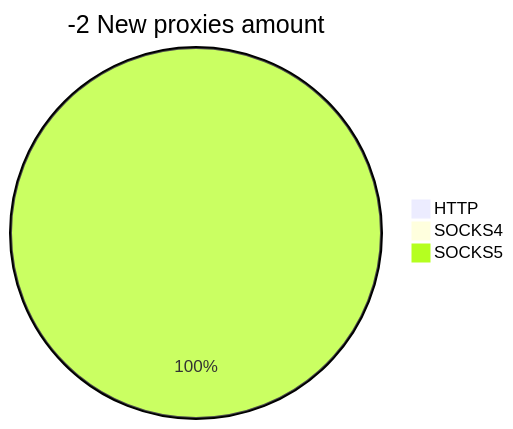
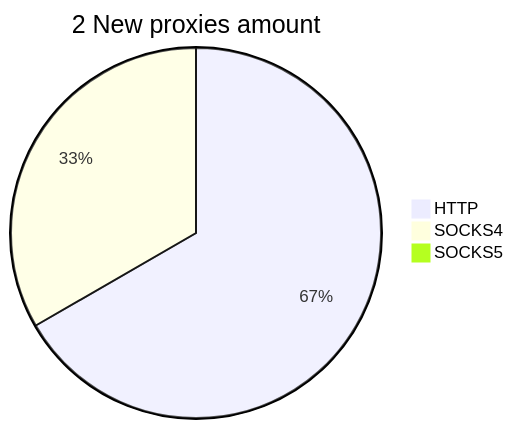
Before and after one commit to cutipu/proxylist: the second of 2 diagrams in README.md, drawn with Mermaid. The commit also changed other lines of this file, not shown here.

````diff
--- a/README.md
+++ b/README.md
@@ -10,6 +10,6 @@
 ```mermaid
-pie title -2 New proxies amount
-    "HTTP" : 0
-    "SOCKS4" : 0
-    "SOCKS5" : 1
+pie title 2 New proxies amount
+    "HTTP" : 2
+    "SOCKS4" : 1
+    "SOCKS5" : 0
 ```
````
